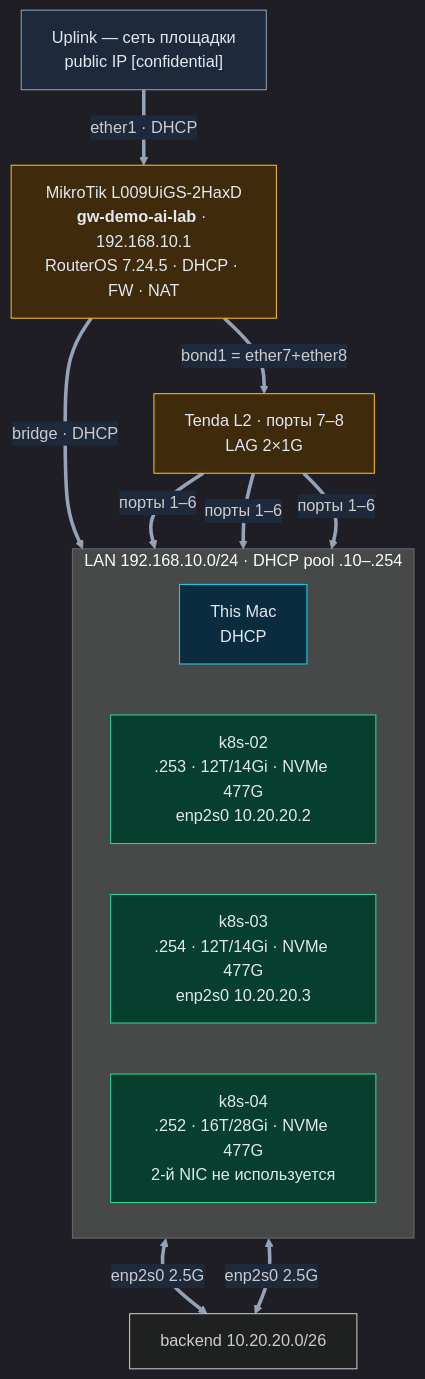
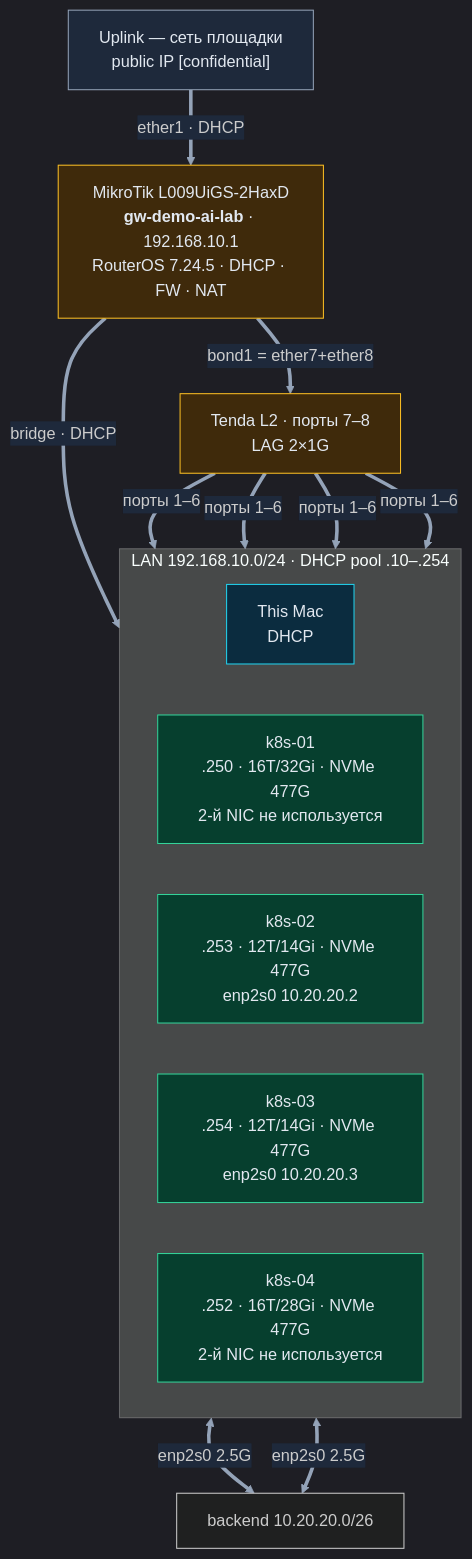
Before and after one commit to msklv/demo-ai-lab: the diagram in network-map-detail.md, drawn with Mermaid. The commit also changed other lines of this file and 6 other files, not shown here.

First line of the commit message:
docs(stand): add k8s-01 node (192.168.10.250) across docs; sync architecture html with current state

````diff
--- a/network-map-detail.md
+++ b/network-map-detail.md
@@ -7,33 +7,35 @@
 ```mermaid
 %%{init: {"theme": "dark", "themeVariables": {"fontFamily": "ui-monospace, monospace", "edgeLabelBackground": "#1e293b", "primaryTextColor": "#e2e8f0", "lineColor": "#94a3b8"}}}%%
 graph TD
 
     UP["Uplink — сеть площадки<br/>public IP [confidential]"]:::ext
 
     RT["MikroTik L009UiGS-2HaxD<br/><b>gw-demo-ai-lab</b> · 192.168.10.1<br/>RouterOS 7.24.5 · DHCP · FW · NAT"]:::net
 
     subgraph LAN["LAN 192.168.10.0/24 · DHCP pool .10–.254"]
         direction LR
         MAC["This Mac<br/>DHCP"]:::mac
+        K1["k8s-01<br/>.250 · 16T/32Gi · NVMe 477G<br/>2-й NIC не используется"]:::linux
         K2["k8s-02<br/>.253 · 12T/14Gi · NVMe 477G<br/>enp2s0 10.20.20.2"]:::linux
         K3["k8s-03<br/>.254 · 12T/14Gi · NVMe 477G<br/>enp2s0 10.20.20.3"]:::linux
         K4["k8s-04<br/>.252 · 16T/28Gi · NVMe 477G<br/>2-й NIC не используется"]:::linux
     end
 
     K2 <==>|"enp2s0 2.5G"| BE["backend 10.20.20.0/26"]
     K3 <==>|"enp2s0 2.5G"| BE
 
     UP ==>|"ether1 · DHCP"| RT
     SW["Tenda L2 · порты 7–8<br/>LAG 2×1G"]:::net
 
     RT ==>|"bridge · DHCP"| MAC
     RT ==>|"bond1 = ether7+ether8"| SW
+    SW ==>|"порты 1–6"| K1
     SW ==>|"порты 1–6"| K2
     SW ==>|"порты 1–6"| K3
     SW ==>|"порты 1–6"| K4
 
     classDef mac fill:#0b2c3f,stroke:#22d3ee,color:#e2e8f0;
     classDef linux fill:#063f2e,stroke:#34d399,color:#e2e8f0;
     classDef net fill:#3f2a0b,stroke:#fbbf24,color:#e2e8f0;
     classDef ext fill:#1e293b,stroke:#94a3b8,color:#e2e8f0;
 ```
````
